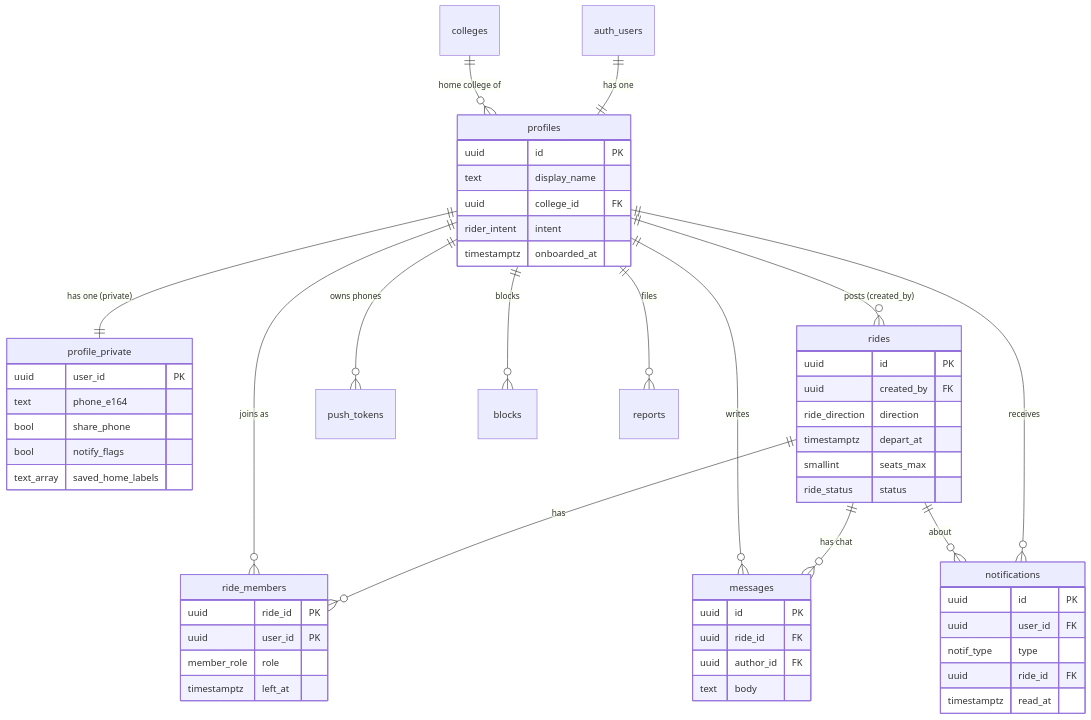
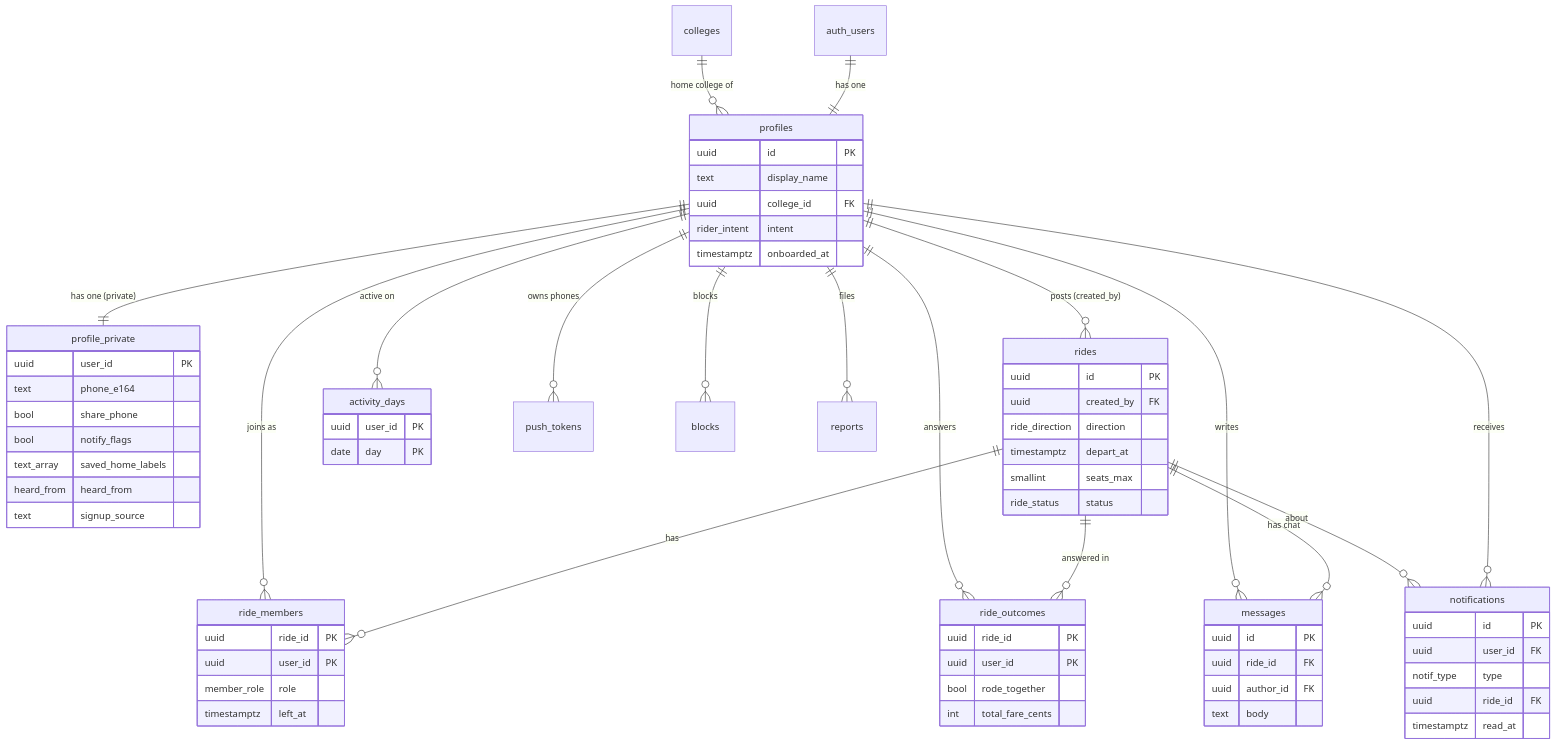
Before and after one commit to niharxka/flytag: the diagram in docs/SCHEMA.md, drawn with Mermaid. The commit also changed other lines of this file and 44 other files, not shown here.

````diff
--- a/docs/SCHEMA.md
+++ b/docs/SCHEMA.md
@@ -31,58 +36,73 @@
 ```mermaid
 erDiagram
     auth_users ||--|| profiles : "has one"
     profiles ||--|| profile_private : "has one (private)"
     colleges ||--o{ profiles : "home college of"
     profiles ||--o{ rides : "posts (created_by)"
     rides ||--o{ ride_members : "has"
     profiles ||--o{ ride_members : "joins as"
+    rides ||--o{ ride_outcomes : "answered in"
+    profiles ||--o{ ride_outcomes : "answers"
+    profiles ||--o{ activity_days : "active on"
     rides ||--o{ messages : "has chat"
     profiles ||--o{ messages : "writes"
     profiles ||--o{ notifications : "receives"
     rides ||--o{ notifications : "about"
     profiles ||--o{ push_tokens : "owns phones"
     profiles ||--o{ blocks : "blocks"
     profiles ||--o{ reports : "files"
 
     profiles {
         uuid id PK
         text display_name
         uuid college_id FK
         rider_intent intent
         timestamptz onboarded_at
     }
     profile_private {
         uuid user_id PK
         text phone_e164
         bool share_phone
         bool notify_flags
         text_array saved_home_labels
+        heard_from heard_from
+        text signup_source
+    }
+    ride_outcomes {
+        uuid ride_id PK
+        uuid user_id PK
+        bool rode_together
+        int total_fare_cents
+    }
+    activity_days {
+        uuid user_id PK
+        date day PK
     }
     rides {
         uuid id PK
         uuid created_by FK
         ride_direction direction
         timestamptz depart_at
         smallint seats_max
         ride_status status
     }
     ride_members {
         uuid ride_id PK
         uuid user_id PK
         member_role role
         timestamptz left_at
     }
     messages {
         uuid id PK
         uuid ride_id FK
         uuid author_id FK
         text body
     }
     notifications {
         uuid id PK
         uuid user_id FK
         notif_type type
         uuid ride_id FK
         timestamptz read_at
     }
 ```
````
